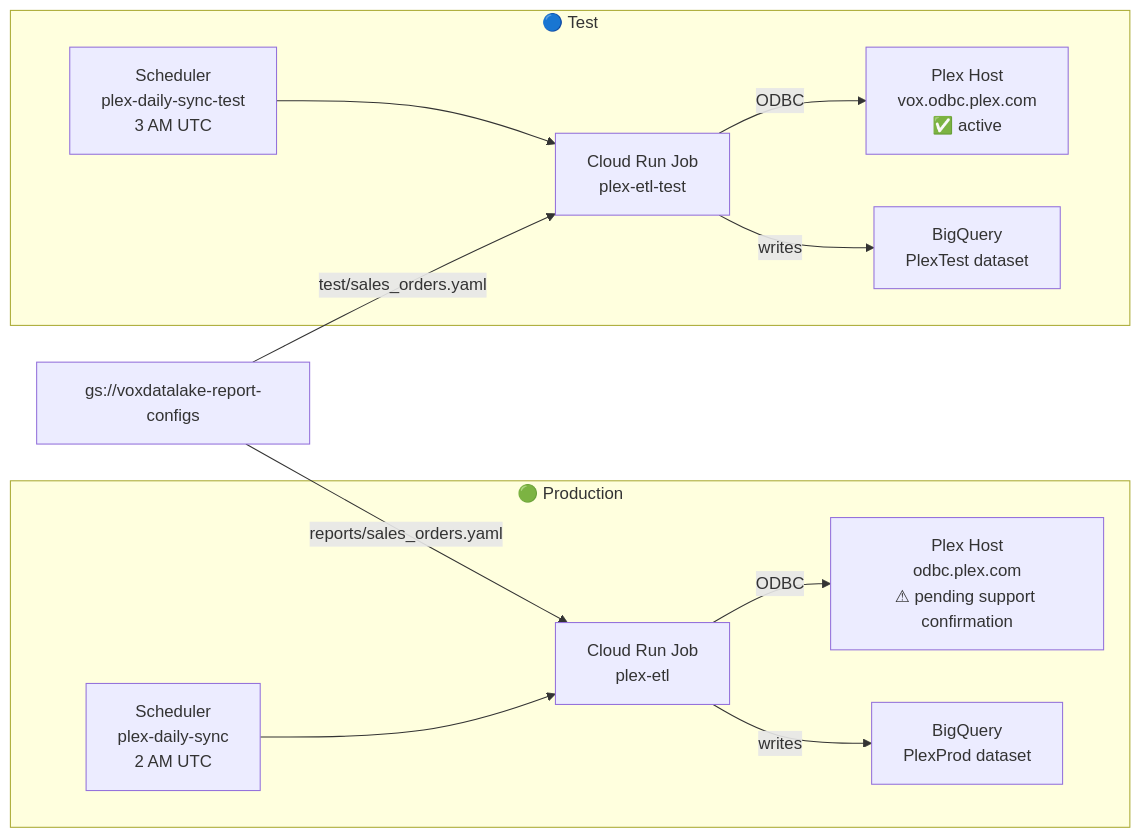
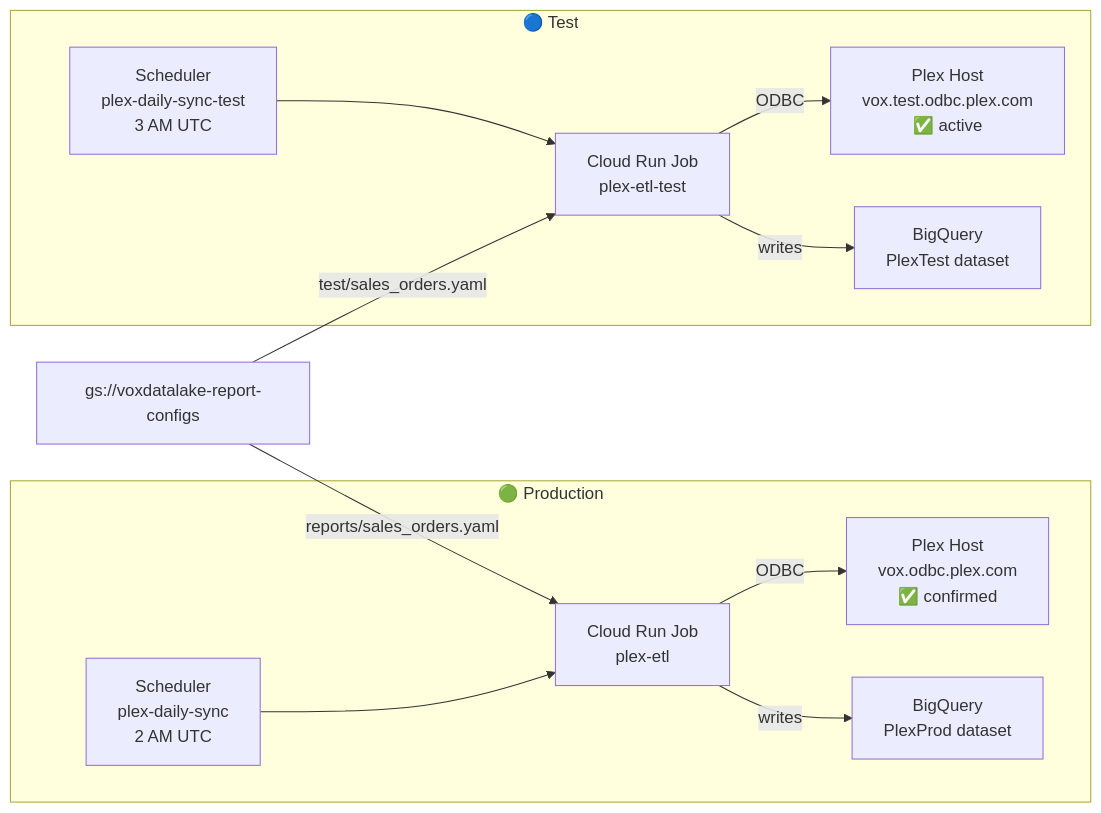
Before and after one commit to Parasol-Group-Inc/plex-to-big-query: the second of 3 diagrams in CHEATSHEET.md, drawn with Mermaid. The commit also changed other lines of this file and 9 other files, not shown here.

````diff
--- a/CHEATSHEET.md
+++ b/CHEATSHEET.md
@@ -73,27 +73,27 @@
 ```mermaid
 graph LR
     GCS["gs://voxdatalake-report-configs"]
 
     subgraph PROD["🟢 Production"]
         PJ["Cloud Run Job\nplex-etl"]
         PS["Scheduler\nplex-daily-sync\n2 AM UTC"]
-        PH["Plex Host\nodbc.plex.com\n⚠ pending support confirmation"]
+        PH["Plex Host\nvox.odbc.plex.com\n✅ confirmed"]
         PD["BigQuery\nPlexProd dataset"]
         PS --> PJ
         PJ -->|ODBC| PH
         PJ -->|writes| PD
     end
 
     subgraph TEST["🔵 Test"]
         TJ["Cloud Run Job\nplex-etl-test"]
         TS["Scheduler\nplex-daily-sync-test\n3 AM UTC"]
-        TH["Plex Host\nvox.odbc.plex.com\n✅ active"]
+        TH["Plex Host\nvox.test.odbc.plex.com\n✅ active"]
         TD["BigQuery\nPlexTest dataset"]
         TS --> TJ
         TJ -->|ODBC| TH
         TJ -->|writes| TD
     end
 
     GCS -->|"reports/sales_orders.yaml"| PJ
     GCS -->|"test/sales_orders.yaml"| TJ
 ```
````
